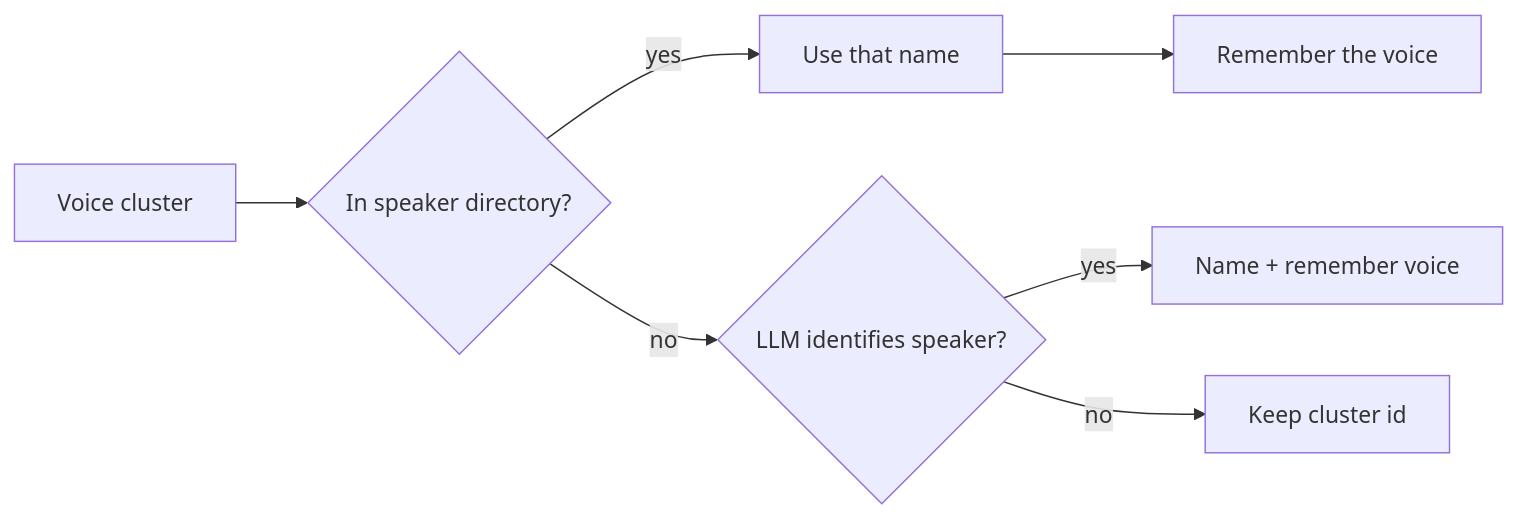
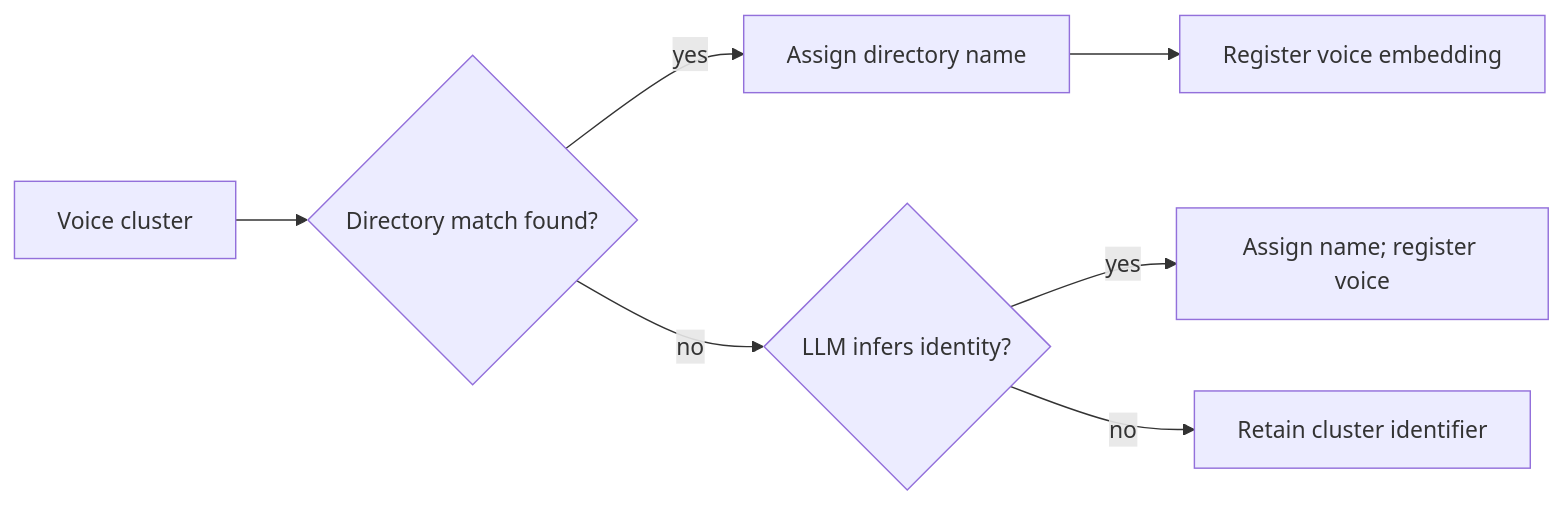
The diagram in docs/diagrams/speaker-resolution.mmd (stojcheva-marija/LightRAG-Transcript-Pipeline), drawn with Mermaid before and after one commit. The commit also changed 2 other files, not shown here.

Commit message:
Use more formal node labels in the speaker-resolution diagram
Replace casual phrasing ("Use that name", "Keep cluster id") with
terminology matching the rest of the README's register (e.g. "Assign
directory name", "Retain cluster identifier"). Verified with mermaid-cli
that every relabeled node still fits on one line before regenerating the
committed SVG.

```diff
--- a/docs/diagrams/speaker-resolution.mmd
+++ b/docs/diagrams/speaker-resolution.mmd
@@ -1,7 +1,7 @@
 flowchart LR
-    A[Voice cluster] --> B{In speaker directory?}
-    B -->|yes| C[Use that name]
-    B -->|no| D{LLM identifies speaker?}
-    D -->|yes| E[Name + remember voice]
-    D -->|no| F[Keep cluster id]
-    C --> G[Remember the voice]
+    A[Voice cluster] --> B{Directory match found?}
+    B -->|yes| C[Assign directory name]
+    B -->|no| D{LLM infers identity?}
+    D -->|yes| E[Assign name; register voice]
+    D -->|no| F[Retain cluster identifier]
+    C --> G[Register voice embedding]
```
